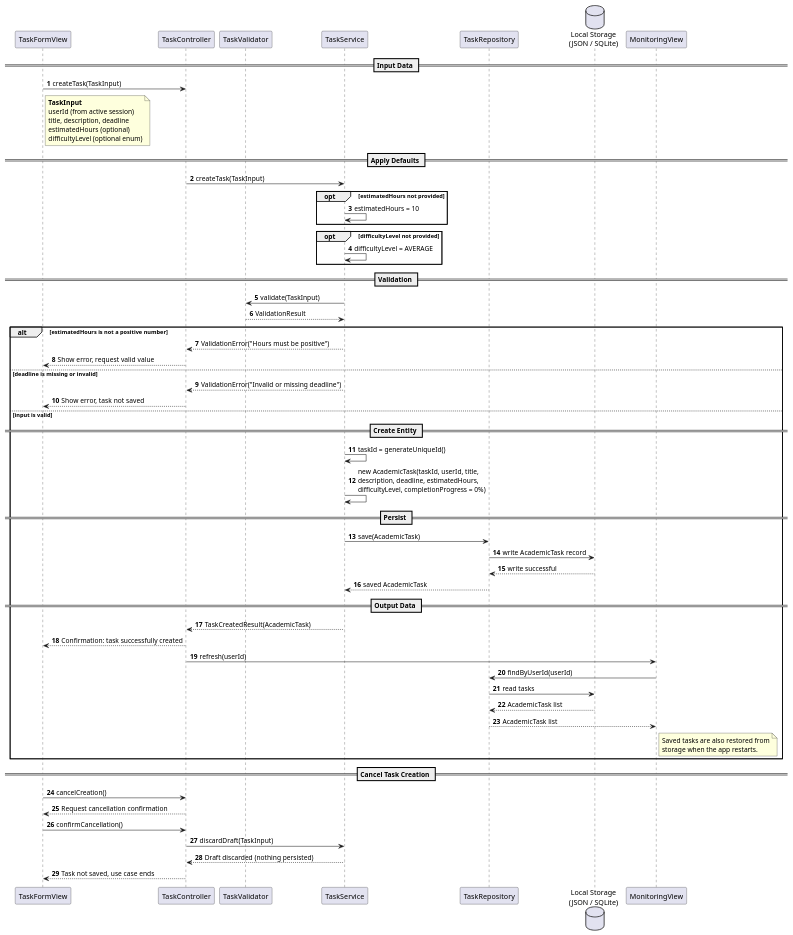
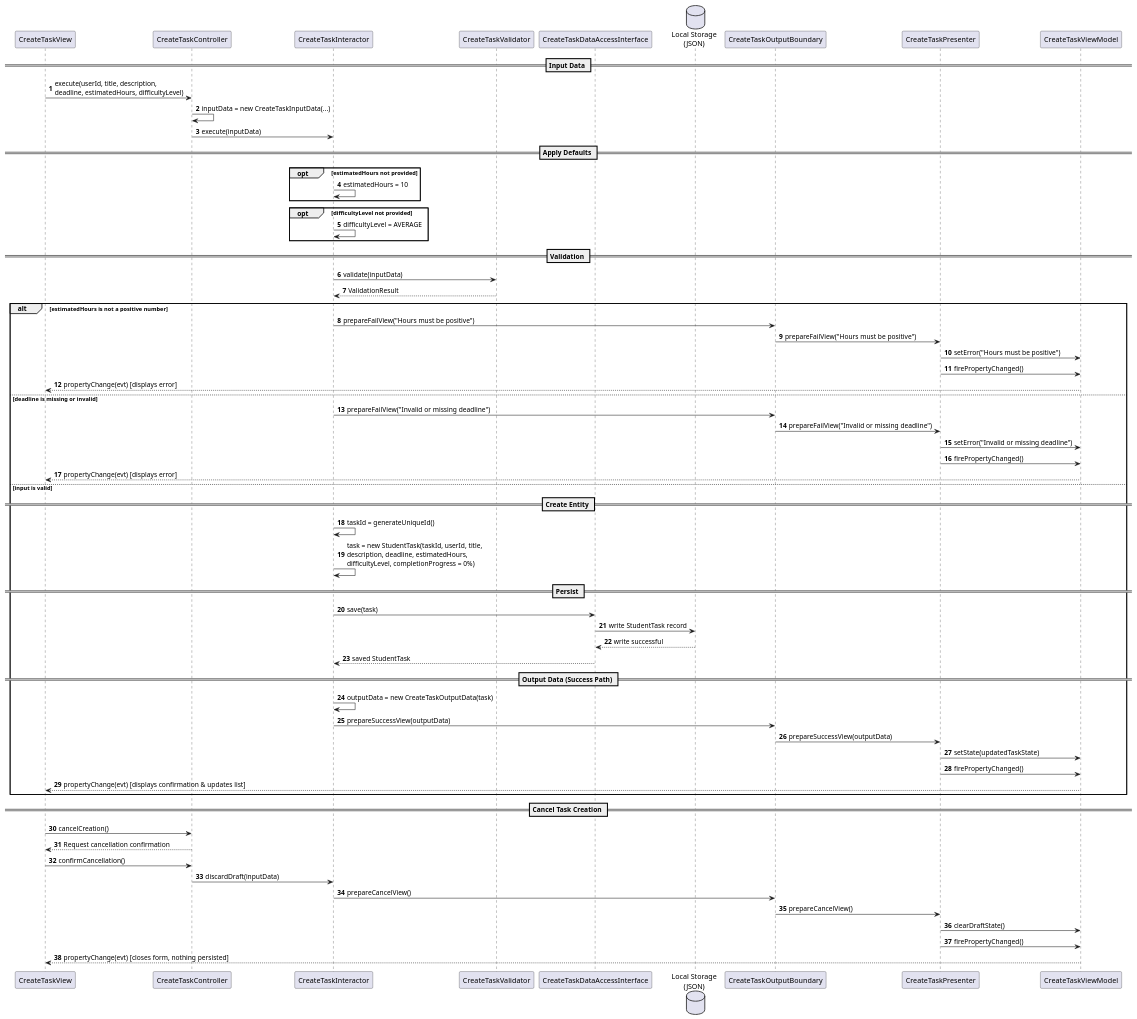
The diagram in UseCase1/UseCase1AInputOutputData.puml (CSC207-2025F-UofT/team-project), drawn with PlantUML before and after one commit. The commit also changed 1 other file, not shown here.

```diff
--- a/UseCase1/UseCase1AInputOutputData.puml
+++ b/UseCase1/UseCase1AInputOutputData.puml
@@ -1,84 +1,86 @@
 @startuml
 'https://plantuml.com/sequence-diagram
 
 autonumber
 
-participant "TaskFormView" as View
-participant "TaskController" as Controller
-participant "TaskValidator" as Validator
-participant "TaskService" as Service
-participant "TaskRepository" as Repo
-database "Local Storage\n(JSON / SQLite)" as Storage
-participant "MonitoringView" as Monitor
+participant "CreateTaskView" as View
+participant "CreateTaskController" as Controller
+participant "CreateTaskInteractor" as Interactor
+participant "CreateTaskValidator" as Validator
+participant "CreateTaskDataAccessInterface" as DAO
+database "Local Storage\n(JSON)" as Storage
+participant "CreateTaskOutputBoundary" as OutputBoundary
+participant "CreateTaskPresenter" as Presenter
+participant "CreateTaskViewModel" as ViewModel
 
 == Input Data ==
 
-View -> Controller: createTask(TaskInput)
-note right of View
-  **TaskInput**
-  userId (from active session)
-  title, description, deadline
-  estimatedHours (optional)
-  difficultyLevel (optional enum)
-end note
+View -> Controller: execute(userId, title, description,\ndeadline, estimatedHours, difficultyLevel)
+Controller -> Controller: inputData = new CreateTaskInputData(...)
+Controller -> Interactor: execute(inputData)
 
 == Apply Defaults ==
 
-Controller -> Service: createTask(TaskInput)
 opt estimatedHours not provided
-    Service -> Service: estimatedHours = 10
+    Interactor -> Interactor: estimatedHours = 10
 end
 opt difficultyLevel not provided
-    Service -> Service: difficultyLevel = AVERAGE
+    Interactor -> Interactor: difficultyLevel = AVERAGE
 end
 
 == Validation ==
 
-Service -> Validator: validate(TaskInput)
-Validator --> Service: ValidationResult
+Interactor -> Validator: validate(inputData)
+Validator --> Interactor: ValidationResult
 
 alt estimatedHours is not a positive number
-    Service --> Controller: ValidationError("Hours must be positive")
-    Controller --> View: Show error, request valid value
+    Interactor -> OutputBoundary: prepareFailView("Hours must be positive")
+    OutputBoundary -> Presenter: prepareFailView("Hours must be positive")
+    Presenter -> ViewModel: setError("Hours must be positive")
+    Presenter -> ViewModel: firePropertyChanged()
+    ViewModel --> View: propertyChange(evt) [displays error]
+
 else deadline is missing or invalid
-    Service --> Controller: ValidationError("Invalid or missing deadline")
-    Controller --> View: Show error, task not saved
+    Interactor -> OutputBoundary: prepareFailView("Invalid or missing deadline")
+    OutputBoundary -> Presenter: prepareFailView("Invalid or missing deadline")
+    Presenter -> ViewModel: setError("Invalid or missing deadline")
+    Presenter -> ViewModel: firePropertyChanged()
+    ViewModel --> View: propertyChange(evt) [displays error]
+
 else input is valid
 
     == Create Entity ==
 
-    Service -> Service: taskId = generateUniqueId()
-    Service -> Service: new AcademicTask(taskId, userId, title,\ndescription, deadline, estimatedHours,\ndifficultyLevel, completionProgress = 0%)
+    Interactor -> Interactor: taskId = generateUniqueId()
+    Interactor -> Interactor: task = new StudentTask(taskId, userId, title,\ndescription, deadline, estimatedHours,\ndifficultyLevel, completionProgress = 0%)
 
     == Persist ==
 
-    Service -> Repo: save(AcademicTask)
-    Repo -> Storage: write AcademicTask record
-    Storage --> Repo: write successful
-    Repo --> Service: saved AcademicTask
+    Interactor -> DAO: save(task)
+    DAO -> Storage: write StudentTask record
+    Storage --> DAO: write successful
+    DAO --> Interactor: saved StudentTask
 
-    == Output Data ==
+    == Output Data (Success Path) ==
 
-    Service --> Controller: TaskCreatedResult(AcademicTask)
-    Controller --> View: Confirmation: task successfully created
-    Controller -> Monitor: refresh(userId)
-    Monitor -> Repo: findByUserId(userId)
-    Repo -> Storage: read tasks
-    Storage --> Repo: AcademicTask list
-    Repo --> Monitor: AcademicTask list
-    note right of Monitor
-      Saved tasks are also restored from
-      storage when the app restarts.
-    end note
+    Interactor -> Interactor: outputData = new CreateTaskOutputData(task)
+    Interactor -> OutputBoundary: prepareSuccessView(outputData)
+    OutputBoundary -> Presenter: prepareSuccessView(outputData)
+    Presenter -> ViewModel: setState(updatedTaskState)
+    Presenter -> ViewModel: firePropertyChanged()
+    ViewModel --> View: propertyChange(evt) [displays confirmation & updates list]
 end
 
 == Cancel Task Creation ==
 
 View -> Controller: cancelCreation()
 Controller --> View: Request cancellation confirmation
 View -> Controller: confirmCancellation()
-Controller -> Service: discardDraft(TaskInput)
-Service --> Controller: Draft discarded (nothing persisted)
-Controller --> View: Task not saved, use case ends
+Controller -> Interactor: discardDraft(inputData)
+Interactor -> OutputBoundary: prepareCancelView()
+OutputBoundary -> Presenter: prepareCancelView()
+Presenter -> ViewModel: clearDraftState()
+Presenter -> ViewModel: firePropertyChanged()
+ViewModel --> View: propertyChange(evt) [closes form, nothing persisted]
 
 @enduml
```
